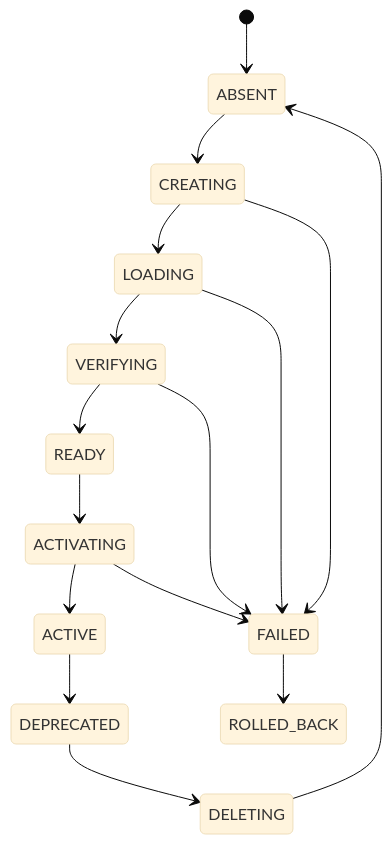
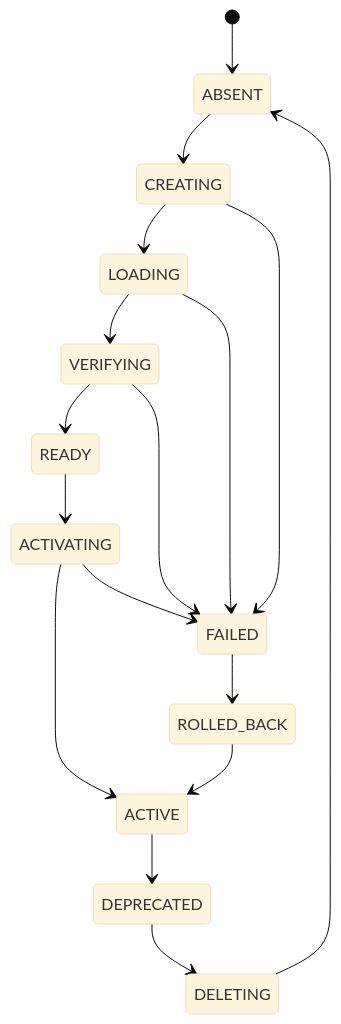
One commit to settorka/hybrid-search changed the second of 2 diagrams in v2/look ahead.md. Above: the diagram before and after it, drawn with Mermaid (base theme). The commit also changed other lines of this file and 19 other files, not shown here.

````diff
--- a/v2/look ahead.md
+++ b/v2/look ahead.md
@@ -71,18 +71,19 @@
 ```mermaid
 stateDiagram-v2
   [*] --> ABSENT
   ABSENT --> CREATING
   CREATING --> LOADING
   LOADING --> VERIFYING
   VERIFYING --> READY
   READY --> ACTIVATING
   ACTIVATING --> ACTIVE
   ACTIVE --> DEPRECATED
   DEPRECATED --> DELETING
   DELETING --> ABSENT
   CREATING --> FAILED
   LOADING --> FAILED
   VERIFYING --> FAILED
   ACTIVATING --> FAILED
   FAILED --> ROLLED_BACK
+  ROLLED_BACK --> ACTIVE
 ```
````
